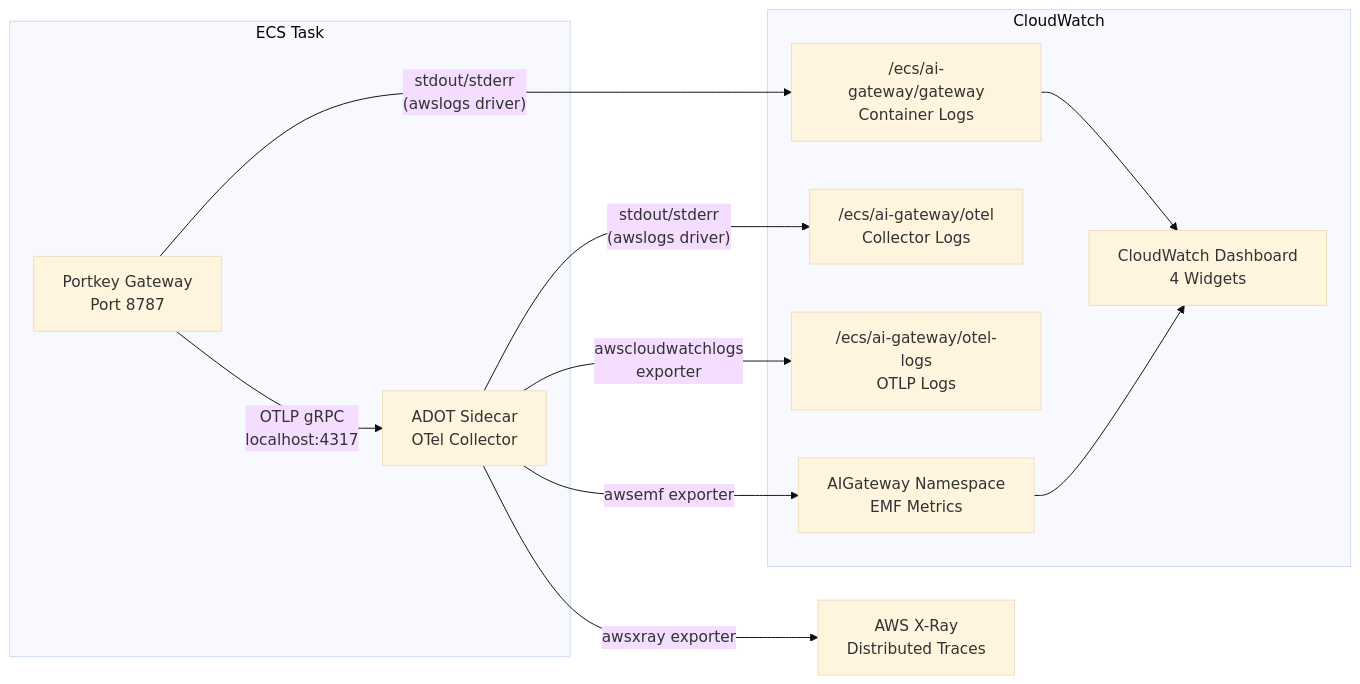
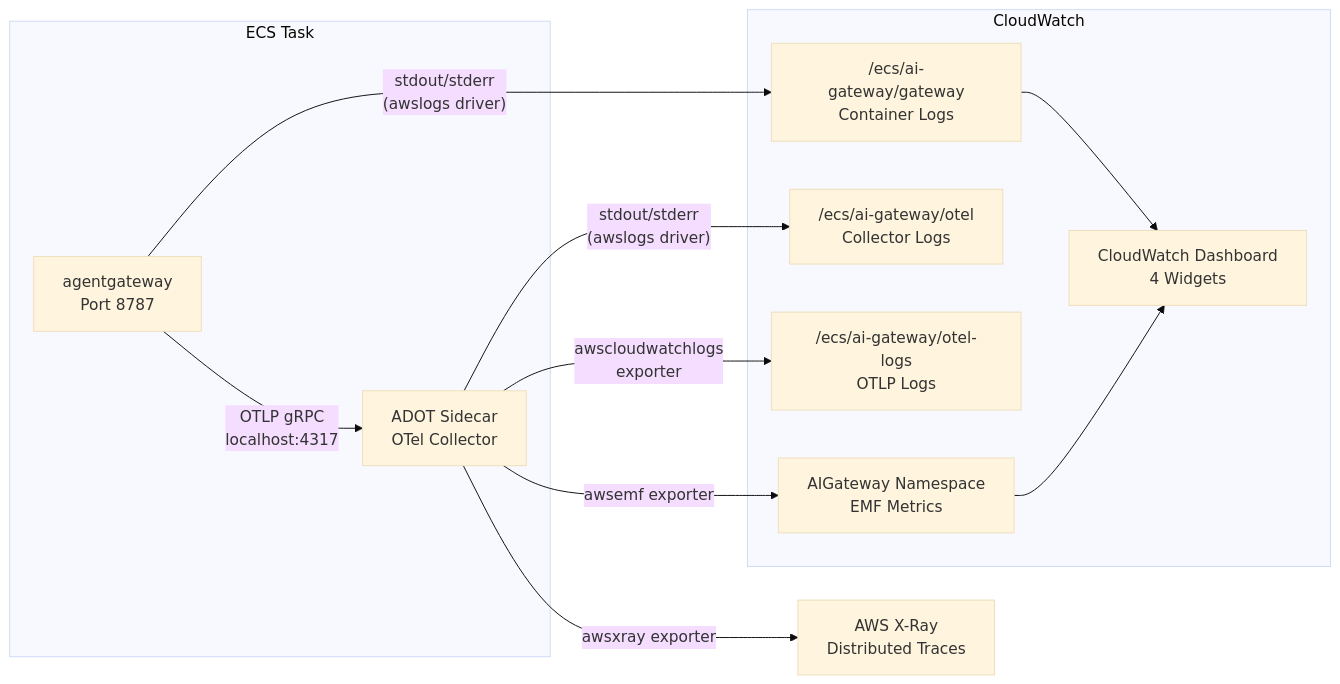
One commit to theagenticguy/ai-gateway changed the diagram in docs/src/content/docs/admin-guide/monitoring.md. Above: the diagram before and after it, drawn with Mermaid (base theme). The commit also changed other lines of this file and 28 other files, not shown here.

````diff
--- a/docs/src/content/docs/admin-guide/monitoring.md
+++ b/docs/src/content/docs/admin-guide/monitoring.md
@@ -11,26 +11,26 @@
 ```mermaid
 flowchart LR
     subgraph task["ECS Task"]
-        GW["Portkey Gateway\nPort 8787"]
+        GW["agentgateway\nPort 8787"]
         ADOT["ADOT Sidecar\nOTel Collector"]
     end
 
     subgraph cw["CloudWatch"]
         LOG1["/ecs/ai-gateway/gateway\nContainer Logs"]
         LOG2["/ecs/ai-gateway/otel\nCollector Logs"]
         OTEL_LOG["/ecs/ai-gateway/otel-logs\nOTLP Logs"]
         EMF["AIGateway Namespace\nEMF Metrics"]
         DASH["CloudWatch Dashboard\n4 Widgets"]
     end
 
     XR["AWS X-Ray\nDistributed Traces"]
 
     GW -->|"stdout/stderr\n(awslogs driver)"| LOG1
     ADOT -->|"stdout/stderr\n(awslogs driver)"| LOG2
     GW -->|"OTLP gRPC\nlocalhost:4317"| ADOT
     ADOT -->|"awsxray exporter"| XR
     ADOT -->|"awsemf exporter"| EMF
     ADOT -->|"awscloudwatchlogs\nexporter"| OTEL_LOG
     LOG1 --> DASH
     EMF --> DASH
 ```
````
